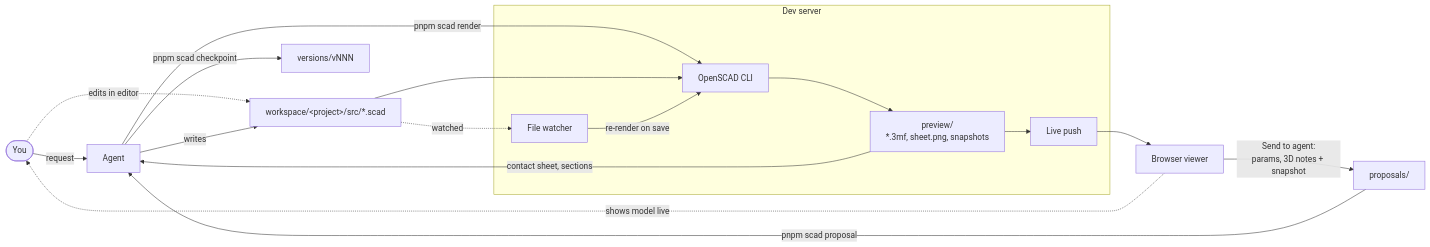
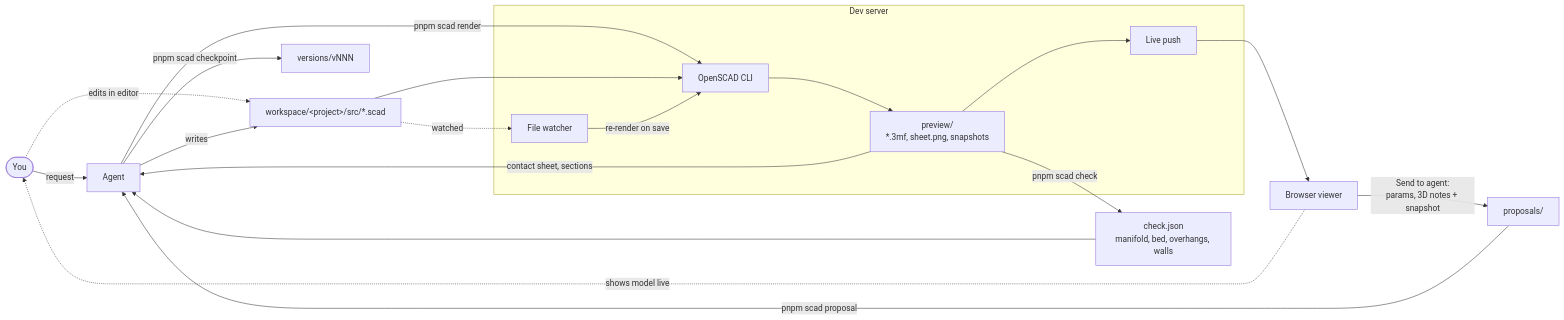
The diagram in README.md (KennethWussmann/openscad-agentic-workspace), drawn with Mermaid before and after one commit. The commit also changed other lines of this file and 31 other files, not shown here.

````diff
--- a/README.md
+++ b/README.md
@@ -29,22 +29,24 @@
 ```mermaid
 flowchart LR
     you([You]) -->|request| agent[Agent]
     you -.->|edits in editor| src
     agent -->|writes| src["workspace/#lt;project#gt;/src/*.scad"]
     agent -->|pnpm scad render| cli[OpenSCAD CLI]
     src --> cli
     cli --> preview["preview/<br/>*.3mf, sheet.png, snapshots"]
     preview -->|contact sheet, sections| agent
+    preview -->|pnpm scad check| check["check.json<br/>manifold, bed, overhangs, walls"]
+    check --> agent
     agent -->|pnpm scad checkpoint| versions["versions/vNNN"]
 
     subgraph dev [Dev server]
         watcher[File watcher] -->|re-render on save| cli
         preview --> push[Live push]
     end
 
     src -.->|watched| watcher
     push --> viewer[Browser viewer]
     viewer -->|Send to agent:<br/>params, 3D notes + snapshot| proposals["proposals/"]
     proposals -->|pnpm scad proposal| agent
     viewer -.->|shows model live| you
 ```
````
